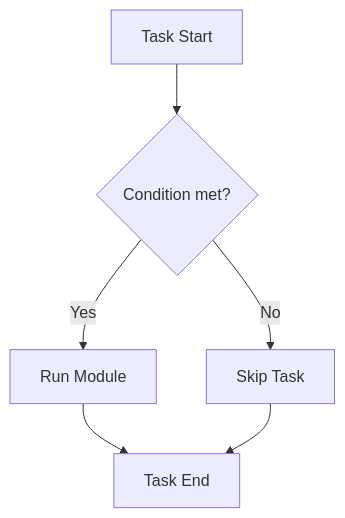
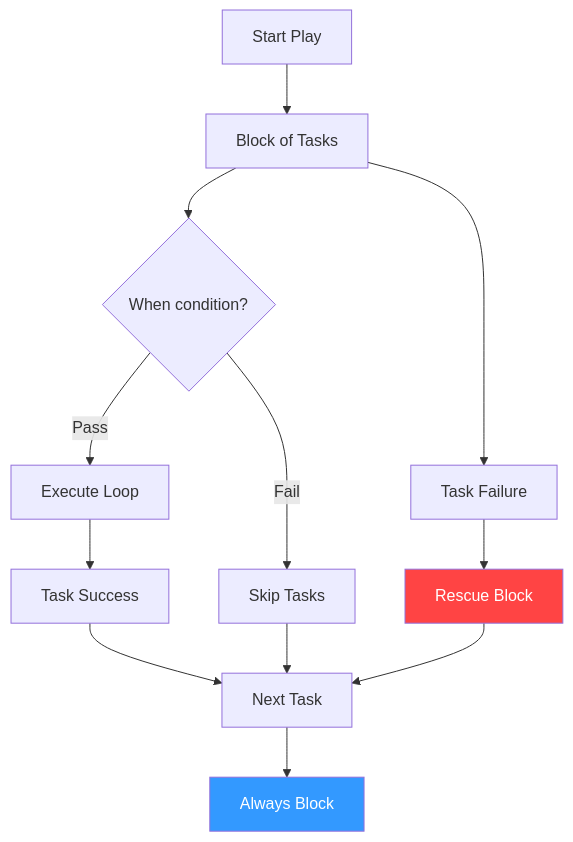
The diagram in 2-Intermediate/04-Ansible/08-Conditionals-and-Loops/README.md (Ganil151/Devops), drawn with Mermaid before and after one commit. The commit also changed other lines of this file and 6 other files, not shown here.

````diff
--- a/2-Intermediate/04-Ansible/08-Conditionals-and-Loops/README.md
+++ b/2-Intermediate/04-Ansible/08-Conditionals-and-Loops/README.md
@@ -9,8 +18,20 @@
 ```mermaid
 graph TD
-    Start[Task Start] --> Check{Condition met?}
-    Check -->|Yes| Run[Run Module]
-    Check -->|No| Skip[Skip Task]
-    Run --> End[Task End]
-    Skip --> End
+    Play[Start Play] --> Block[Block of Tasks]
+    Block --> Logic{When condition?}
+    Logic -->|Pass| Iter[Execute Loop]
+    Iter --> Success[Task Success]
+    Success --> Done[Next Task]
+    
+    Logic -->|Fail| Skip[Skip Tasks]
+    Skip --> Done
+    
+    Block --> Error[Task Failure]
+    Error --> Rescue[Rescue Block]
+    Rescue --> Done
+    
+    Done --> Always[Always Block]
+    
+    style Rescue fill:#ff4444,color:#fff
+    style Always fill:#3399ff,color:#fff
 ```
````
